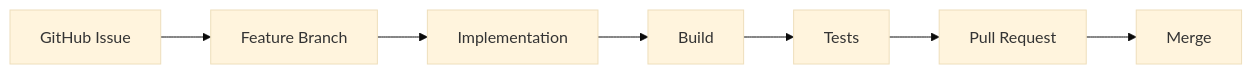
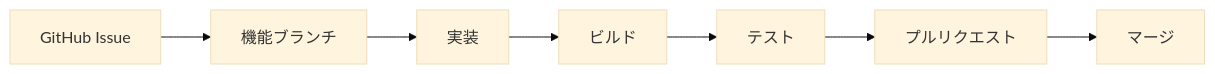
The fourth of 4 diagrams in README.ja.md (lemonwasp/dotnet-study), drawn with Mermaid (base theme) before and after one commit. The commit also changed other lines of this file, not shown here.

````diff
--- a/README.ja.md
+++ b/README.ja.md
@@ -285,10 +285,10 @@
 ```mermaid
 flowchart LR
     Issue["GitHub Issue"]
-    --> Branch["Feature Branch"]
-    --> Code["Implementation"]
-    --> Build["Build"]
-    --> Test["Tests"]
-    --> PR["Pull Request"]
-    --> Merge["Merge"]
+    --> Branch["機能ブランチ"]
+    --> Code["実装"]
+    --> Build["ビルド"]
+    --> Test["テスト"]
+    --> PR["プルリクエスト"]
+    --> Merge["マージ"]
 ```
````
